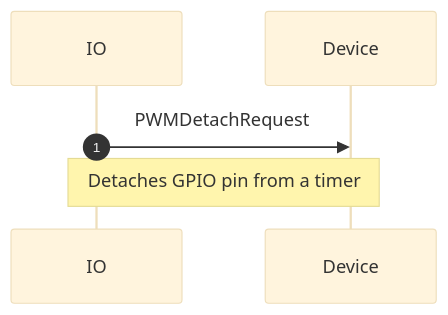
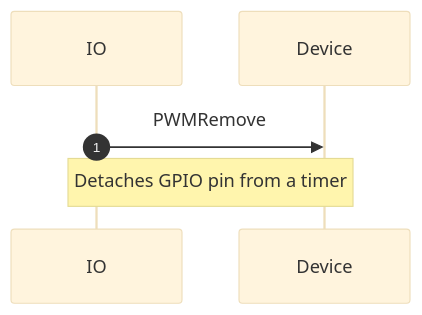
Before and after one commit to adafruit/Wippersnapper_Protobuf: the ninth of 10 diagrams in proto/wippersnapper/docs/pwm.md, drawn with Mermaid (base theme). The commit also changed other lines of this file and 6 other files, not shown here.

````diff
--- a/proto/wippersnapper/docs/pwm.md
+++ b/proto/wippersnapper/docs/pwm.md
@@ -115,6 +115,6 @@
 ```mermaid
 sequenceDiagram
 autonumber
-IO->>Device: PWMDetachRequest
+IO->>Device: PWMRemove
 Note over IO, Device: Detaches GPIO pin from a timer
 ```
````
